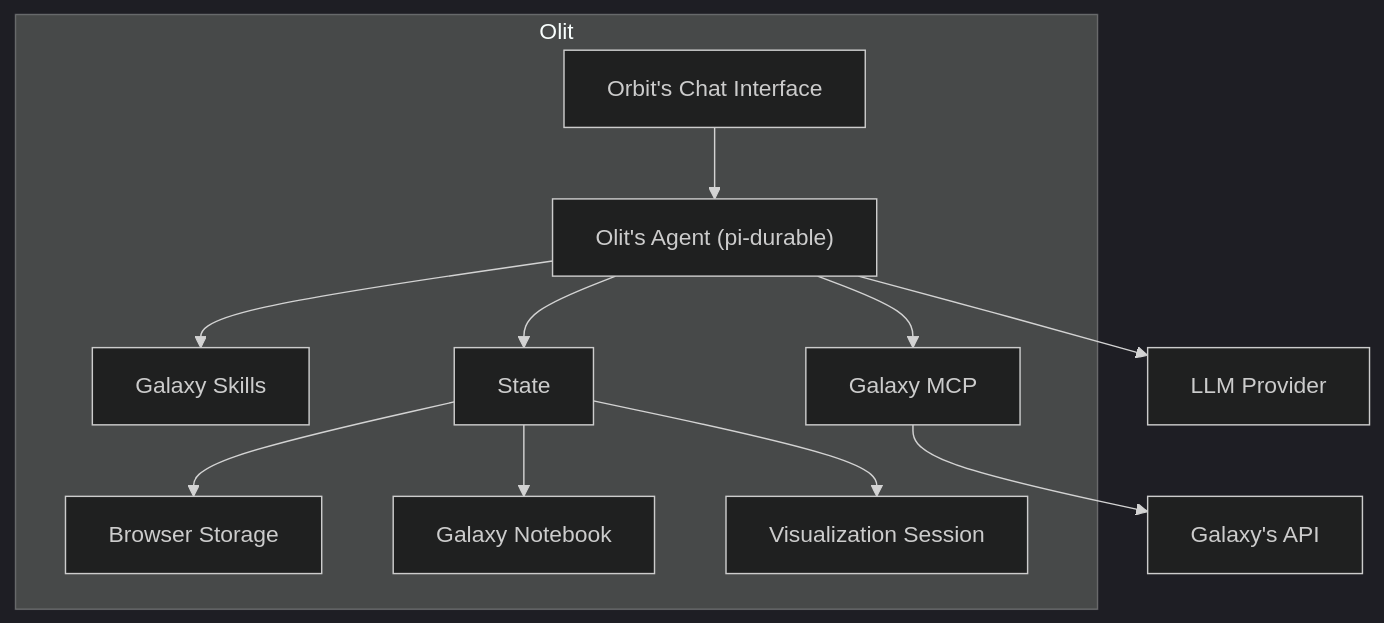
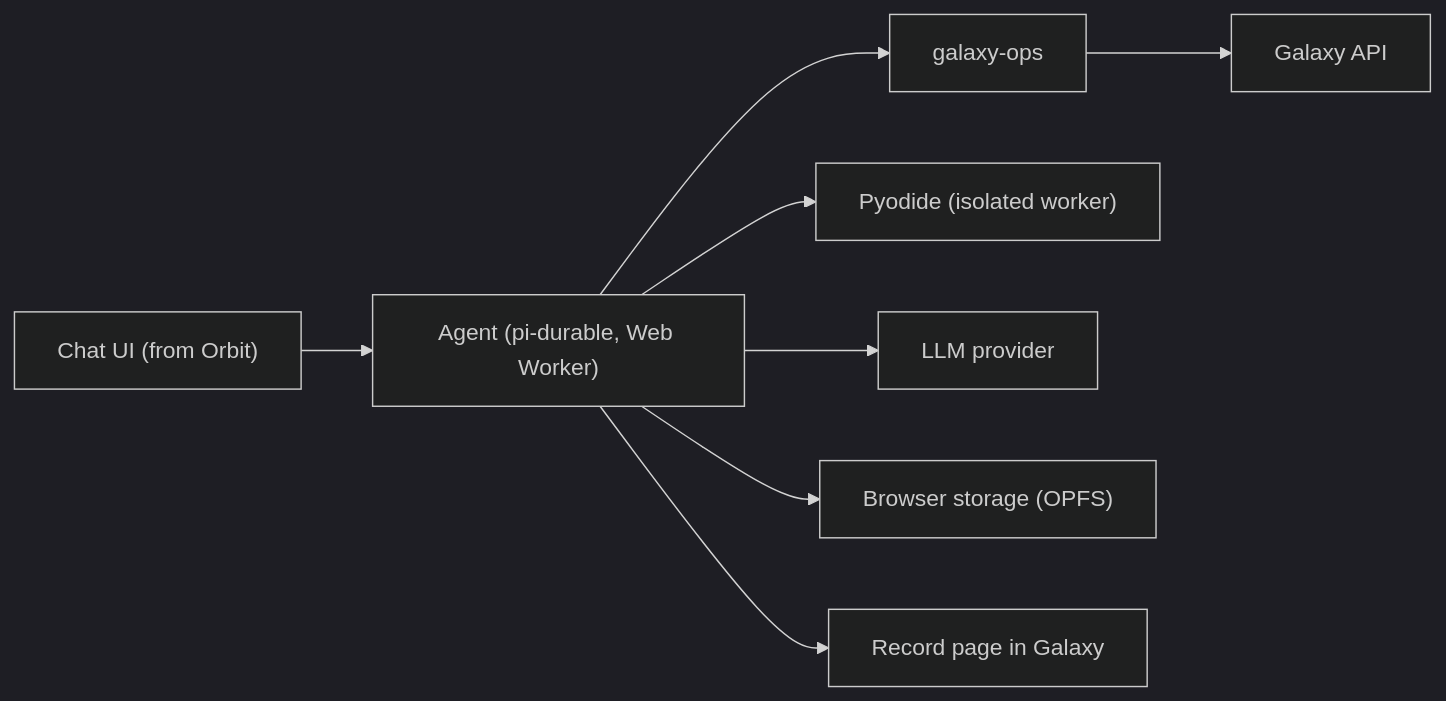
The diagram in packages/olit/README.md (galaxyproject/galaxy-visualizations), drawn with Mermaid (dark theme) before and after one commit. The commit also changed other lines of this file, not shown here.

Commit message:
Rewrite Olit's README for people trying it: install from npm, open, pick a model, and what it can reach.

````diff
--- a/packages/olit/README.md
+++ b/packages/olit/README.md
@@ -25,28 +39,9 @@
 ```mermaid
-flowchart TB
-    UI["Orbit's Chat Interface"]
-
-    subgraph Olit
-        UI
-        Brain["Olit's Agent (pi-durable)"]
-        Skill["Galaxy Skills"]
-        Ops["Galaxy MCP"]
-        State["State"]
-        BrowserState["Browser Storage"]
-        Notebook["Galaxy Notebook"]
-        Session["Visualization Session"]
-    end
-
-    Model["LLM Provider"]
-    GalaxyApi["Galaxy's API"]
-
-    UI --> Brain
-    Brain --> Skill
-    Brain --> Ops
-    Brain --> State
-    State --> BrowserState
-    State --> Notebook
-    State --> Session
-    Brain --> Model
-    Ops --> GalaxyApi
+flowchart LR
+    UI["Chat UI (from Orbit)"] --> Agent["Agent (pi-durable, Web Worker)"]
+    Agent --> Ops["galaxy-ops"] --> Galaxy["Galaxy API"]
+    Agent --> Python["Pyodide (isolated worker)"]
+    Agent --> Model["LLM provider"]
+    Agent --> Storage["Browser storage (OPFS)"]
+    Agent --> Record["Record page in Galaxy"]
 ```
````
